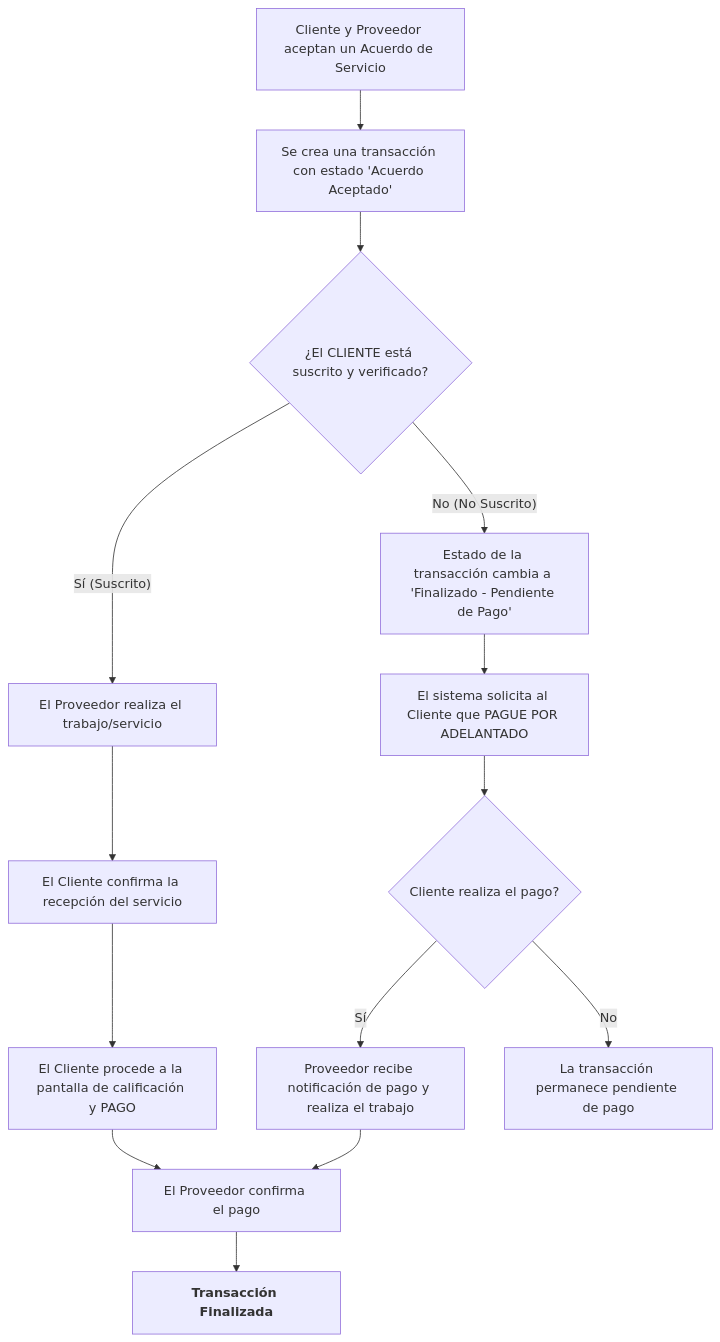
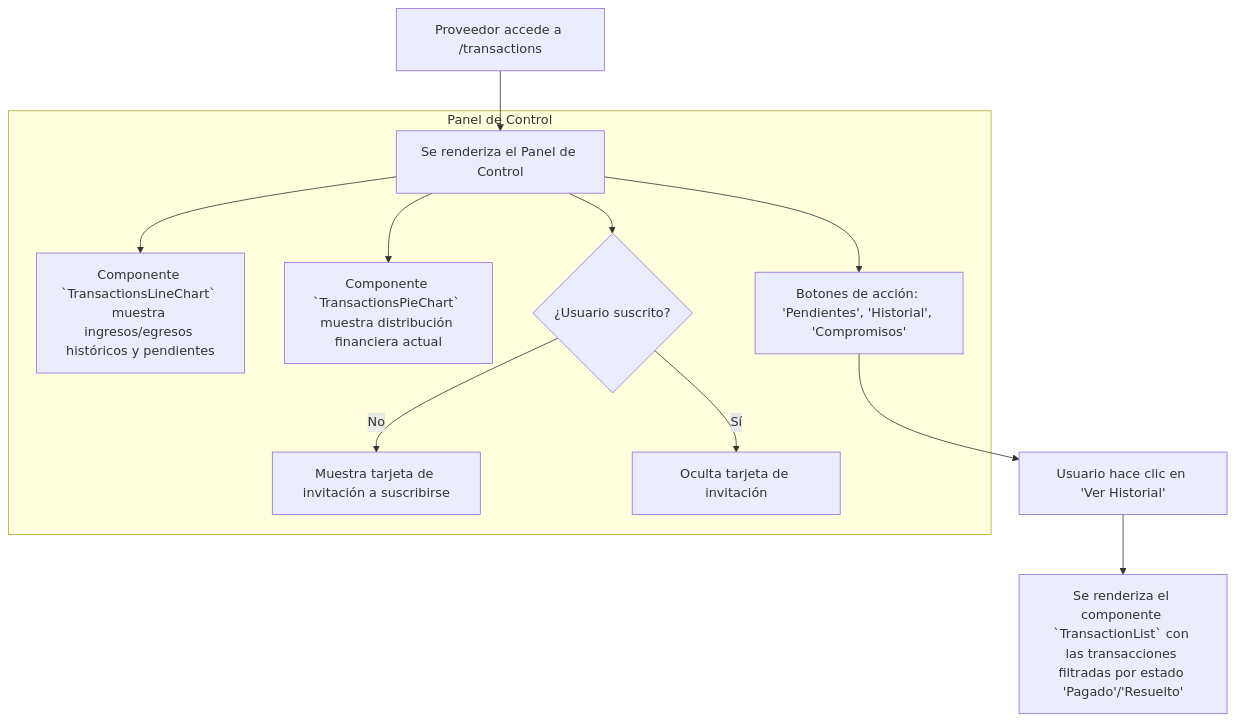
Before and after one commit to F3rnand04/corabO: the fourth of 5 diagrams in src/FLOWCHARTS.md, drawn with Mermaid. The commit also changed other lines of this file and 9 other files, not shown here.

Commit message:
I see this error with the app, reported by NextJS, please fix it. The er

````diff
--- a/src/FLOWCHARTS.md
+++ b/src/FLOWCHARTS.md
@@ -90,18 +94,14 @@
 ```mermaid
 graph TD
-    A[Cliente y Proveedor aceptan un Acuerdo de Servicio] --> B[Se crea una transacción con estado 'Acuerdo Aceptado'];
-    B --> C{¿El CLIENTE está suscrito y verificado?};
-
-    C -- Sí (Suscrito) --> D[El Proveedor realiza el trabajo/servicio];
-    D --> E[El Cliente confirma la recepción del servicio];
-    E --> F[El Cliente procede a la pantalla de calificación y PAGO];
-    F --> G[El Proveedor confirma el pago];
-    G --> H[<B>Transacción Finalizada</B>];
-
-    C -- No (No Suscrito) --> I[Estado de la transacción cambia a 'Finalizado - Pendiente de Pago'];
-    I --> J[El sistema solicita al Cliente que PAGUE POR ADELANTADO];
-    J --> K{Cliente realiza el pago?};
-    K -- Sí --> L[Proveedor recibe notificación de pago y realiza el trabajo];
-    K -- No --> M[La transacción permanece pendiente de pago];
-    L --> G;
+    A[Proveedor accede a /transactions] --> B[Se renderiza el Panel de Control];
+    subgraph "Panel de Control"
+      B --> C[Componente `TransactionsLineChart` muestra ingresos/egresos históricos y pendientes];
+      B --> D[Componente `TransactionsPieChart` muestra distribución financiera actual];
+      B --> E[Botones de acción: 'Pendientes', 'Historial', 'Compromisos'];
+      B --> F{¿Usuario suscrito?};
+      F -- No --> G[Muestra tarjeta de invitación a suscribirse];
+      F -- Sí --> H[Oculta tarjeta de invitación];
+    end
+    E --> I[Usuario hace clic en 'Ver Historial'];
+    I --> J[Se renderiza el componente `TransactionList` con las transacciones filtradas por estado 'Pagado'/'Resuelto'];
 ```
````
